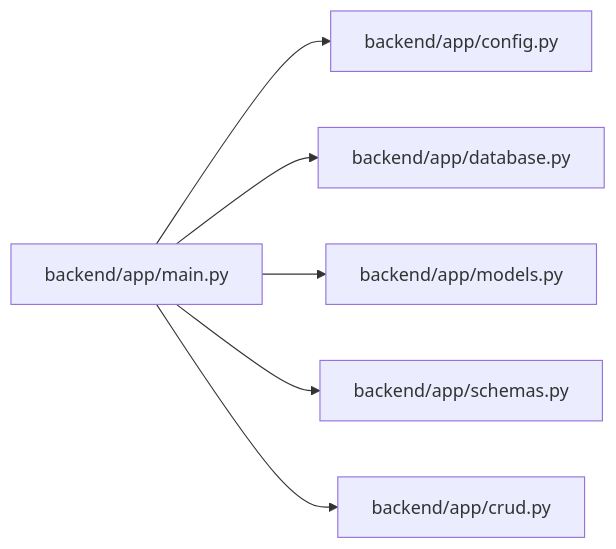
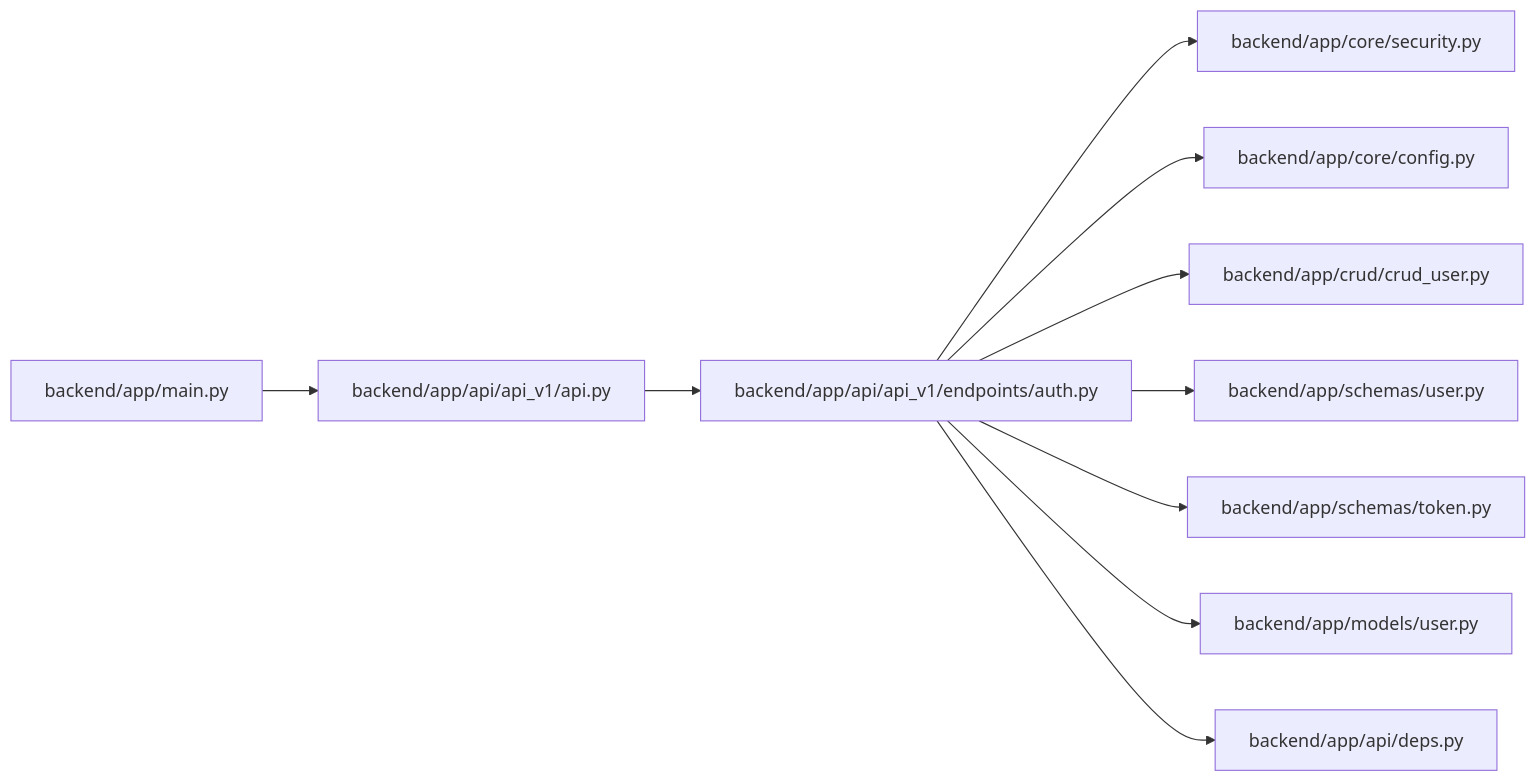
The third of 3 diagrams in .qoder/repowiki/ja/content/APIリファレンス/認証API.md (ss8806/Todos), drawn with Mermaid before and after one commit. The commit also changed other lines of this file and 6 other files, not shown here.

````diff
--- a/.qoder/repowiki/ja/content/APIリファレンス/認証API.md
+++ b/.qoder/repowiki/ja/content/APIリファレンス/認証API.md
@@ -219,8 +257,12 @@
 ```mermaid
 graph LR
-MAIN["backend/app/main.py"] --> CONFIG["backend/app/config.py"]
-MAIN --> DATABASE["backend/app/database.py"]
-MAIN --> MODELS["backend/app/models.py"]
-MAIN --> SCHEMAS["backend/app/schemas.py"]
-MAIN --> CRUD["backend/app/crud.py"]
+MAIN["backend/app/main.py"] --> API_ROUTER["backend/app/api/api_v1/api.py"]
+API_ROUTER --> AUTH_ENDPOINTS["backend/app/api/api_v1/endpoints/auth.py"]
+AUTH_ENDPOINTS --> SECURITY["backend/app/core/security.py"]
+AUTH_ENDPOINTS --> CONFIG["backend/app/core/config.py"]
+AUTH_ENDPOINTS --> CRUD_USER["backend/app/crud/crud_user.py"]
+AUTH_ENDPOINTS --> SCHEMAS_USER["backend/app/schemas/user.py"]
+AUTH_ENDPOINTS --> SCHEMAS_TOKEN["backend/app/schemas/token.py"]
+AUTH_ENDPOINTS --> MODELS_USER["backend/app/models/user.py"]
+AUTH_ENDPOINTS --> DEPS["backend/app/api/deps.py"]
 ```
````
